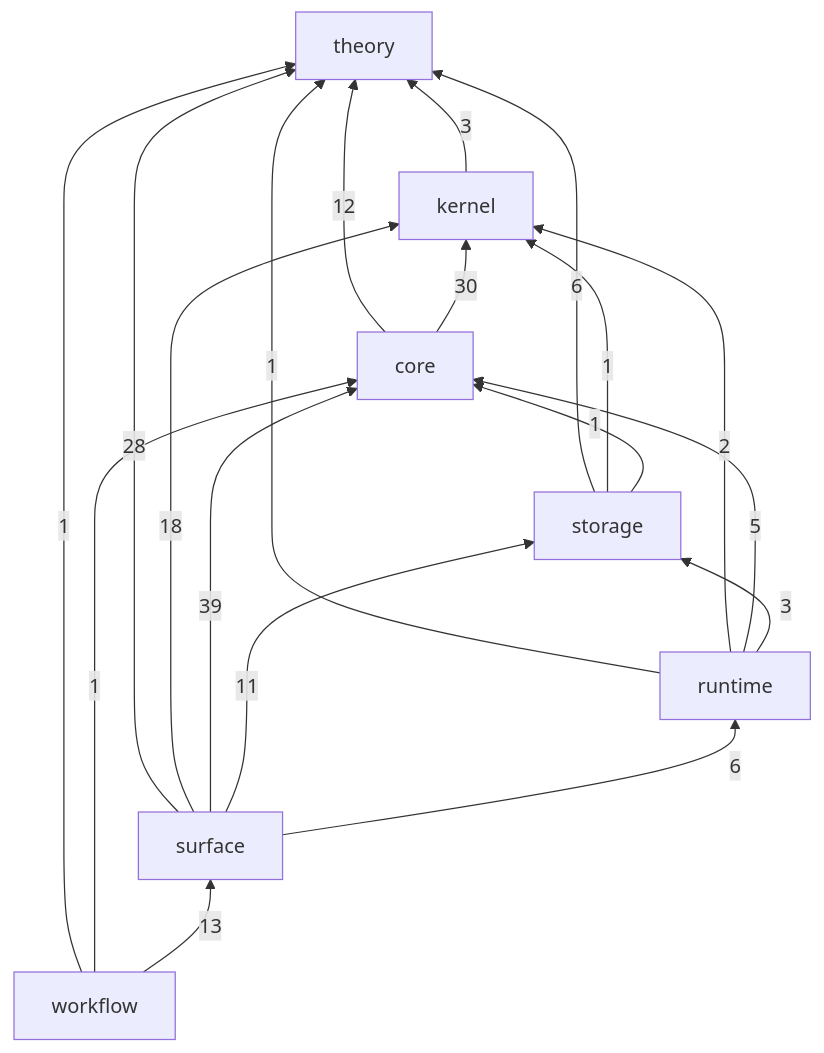
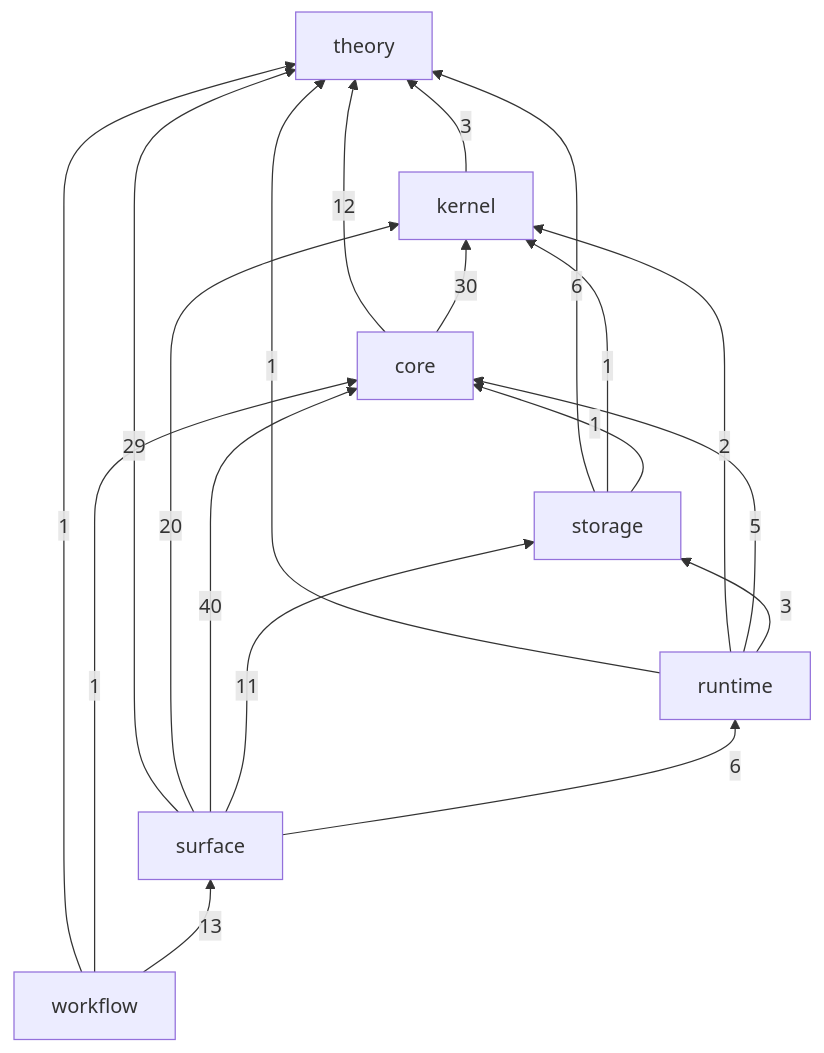
The diagram in ledger/README.md (gandr-lang/gandr), drawn with Mermaid before and after one commit. The commit also changed 33 other files, not shown here.

````diff
--- a/ledger/README.md
+++ b/ledger/README.md
@@ -28,28 +28,28 @@
 ```mermaid
 flowchart BT
   theory
   kernel
   core
   storage
   runtime
   surface
   workflow
   kernel -->|3| theory
   core -->|12| theory
   core -->|30| kernel
   storage -->|6| theory
   storage -->|1| kernel
   storage -->|1| core
   runtime -->|1| theory
   runtime -->|2| kernel
   runtime -->|5| core
   runtime -->|3| storage
-  surface -->|28| theory
-  surface -->|18| kernel
-  surface -->|39| core
+  surface -->|29| theory
+  surface -->|20| kernel
+  surface -->|40| core
   surface -->|11| storage
   surface -->|6| runtime
   workflow -->|1| theory
   workflow -->|1| core
   workflow -->|13| surface
 ```
````
